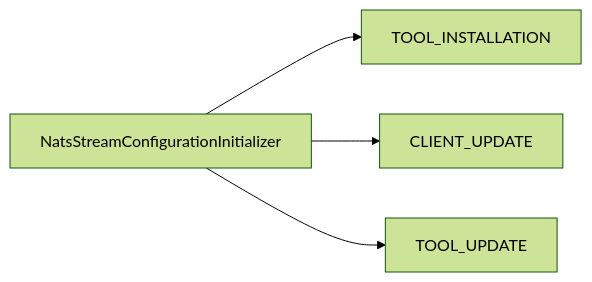
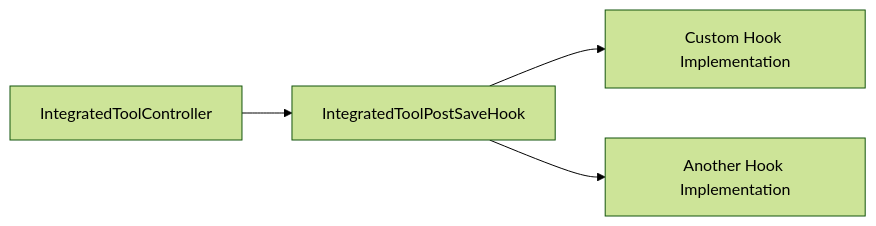
One commit to Praesto-Pro/openframe-oss-tenant changed the fourth of 8 diagrams in docs/architecture/management-service-core/management-service-core.md. Above: the diagram before and after it, drawn with Mermaid (forest theme). The commit also changed other lines of this file and 149 other files, not shown here.

````diff
--- a/docs/architecture/management-service-core/management-service-core.md
+++ b/docs/architecture/management-service-core/management-service-core.md
@@ -155,6 +196,6 @@
 ```mermaid
 flowchart LR
-    Init["NatsStreamConfigurationInitializer"] --> Stream1["TOOL_INSTALLATION"]
-    Init --> Stream2["CLIENT_UPDATE"]
-    Init --> Stream3["TOOL_UPDATE"]
+    IntegratedToolController --> HookInterface["IntegratedToolPostSaveHook"]
+    HookInterface --> HookImpl1["Custom Hook Implementation"]
+    HookInterface --> HookImpl2["Another Hook Implementation"]
 ```
````
